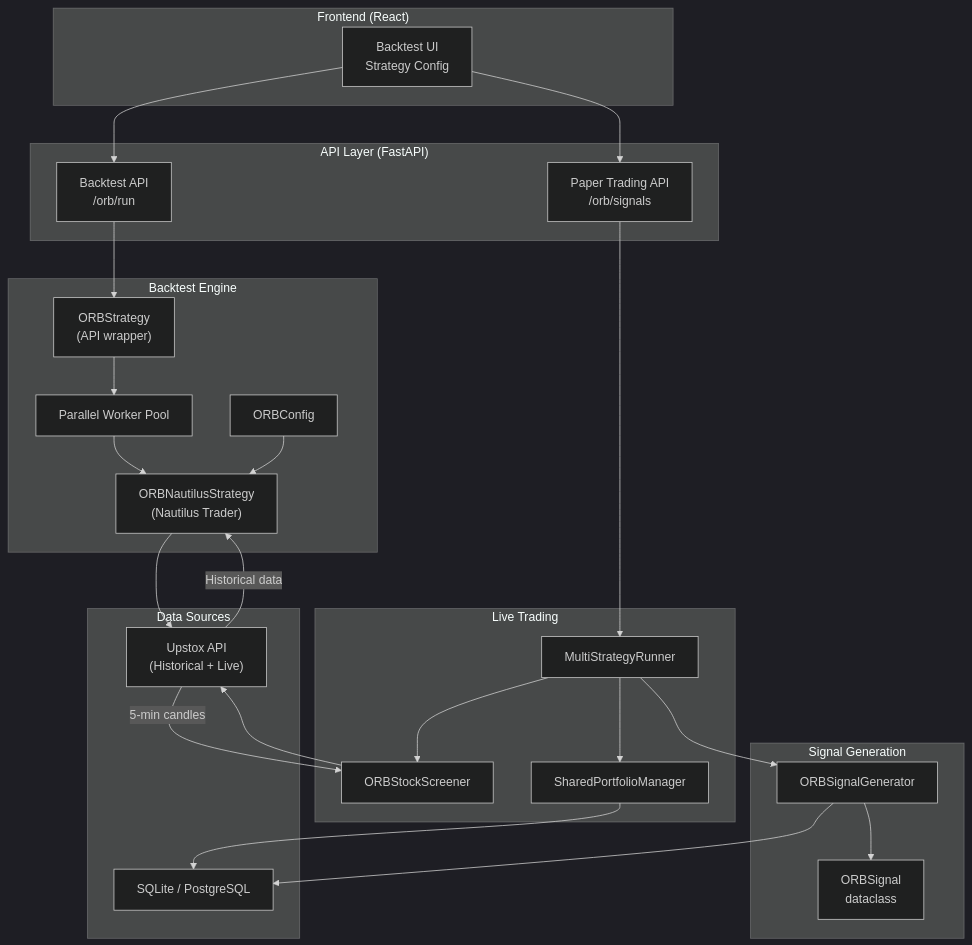
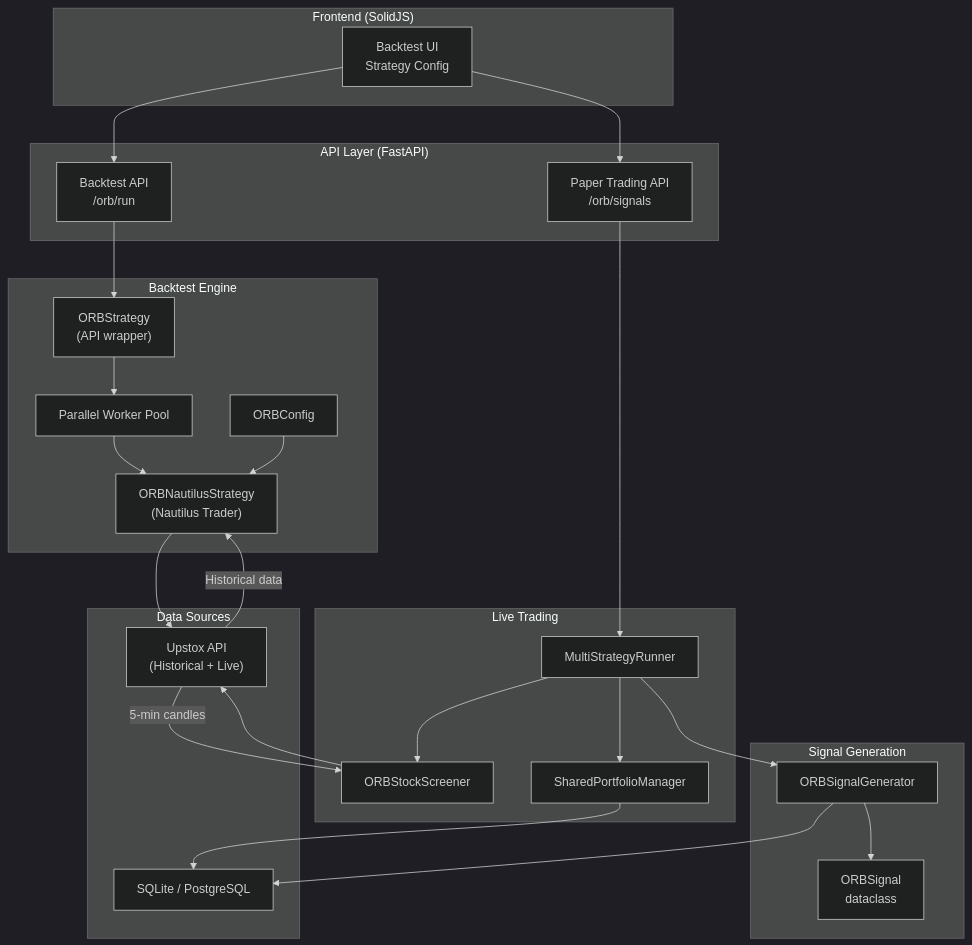
One commit to syntaxhacker/Alphashri changed the fourth of 4 diagrams in stock-screener-ui/docs/strategy-orb.md. Above: the diagram before and after it, drawn with Mermaid (dark theme). The commit also changed 15 other files, not shown here.

First line of the commit message:
docs: correct the React-era claims to SolidJS

````diff
--- a/stock-screener-ui/docs/strategy-orb.md
+++ b/stock-screener-ui/docs/strategy-orb.md
@@ -306,56 +306,56 @@
 ```mermaid
 graph TD
-    subgraph Frontend["Frontend (React)"]
+    subgraph Frontend["Frontend (SolidJS)"]
         UI["Backtest UI\nStrategy Config"]
     end
 
     subgraph API["API Layer (FastAPI)"]
         BT["Backtest API\n/orb/run"]
         PT["Paper Trading API\n/orb/signals"]
     end
 
     subgraph Backtest["Backtest Engine"]
         ORBS["ORBStrategy\n(API wrapper)"]
         ORBN["ORBNautilusStrategy\n(Nautilus Trader)"]
         ORBC["ORBConfig"]
         PU["Parallel Worker Pool"]
     end
 
     subgraph LiveTrading["Live Trading"]
         MSR["MultiStrategyRunner"]
         OBB["ORBStockScreener"]
         SPM["SharedPortfolioManager"]
     end
 
     subgraph SignalGen["Signal Generation"]
         OSG["ORBSignalGenerator"]
         OS["ORBSignal\ndataclass"]
     end
 
     subgraph Data["Data Sources"]
         UP["Upstox API\n(Historical + Live)"]
         DB["SQLite / PostgreSQL"]
     end
 
     UI --> BT
     UI --> PT
 
     BT --> ORBS
     ORBS --> PU
     PU --> ORBN
     ORBC --> ORBN
 
     PT --> MSR
     MSR --> OBB
     MSR --> OSG
     MSR --> SPM
 
     OSG --> OS
     OBB --> UP
     ORBN --> UP
     SPM --> DB
     OSG --> DB
 
     UP -->|Historical data| ORBN
     UP -->|5-min candles| OBB
 ```
````
